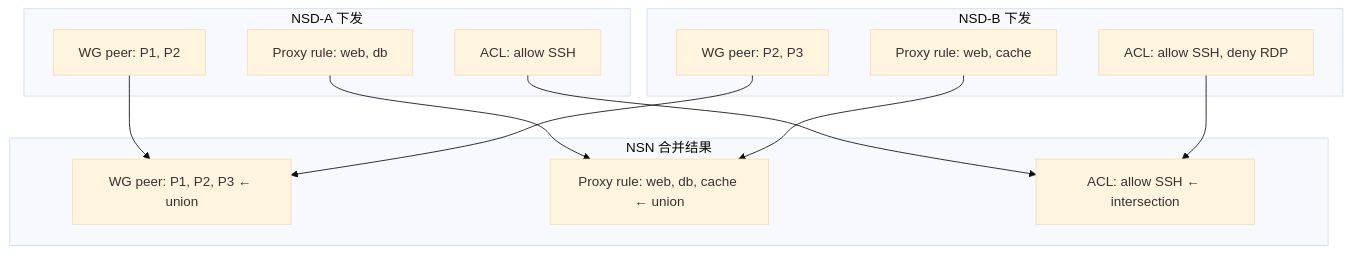
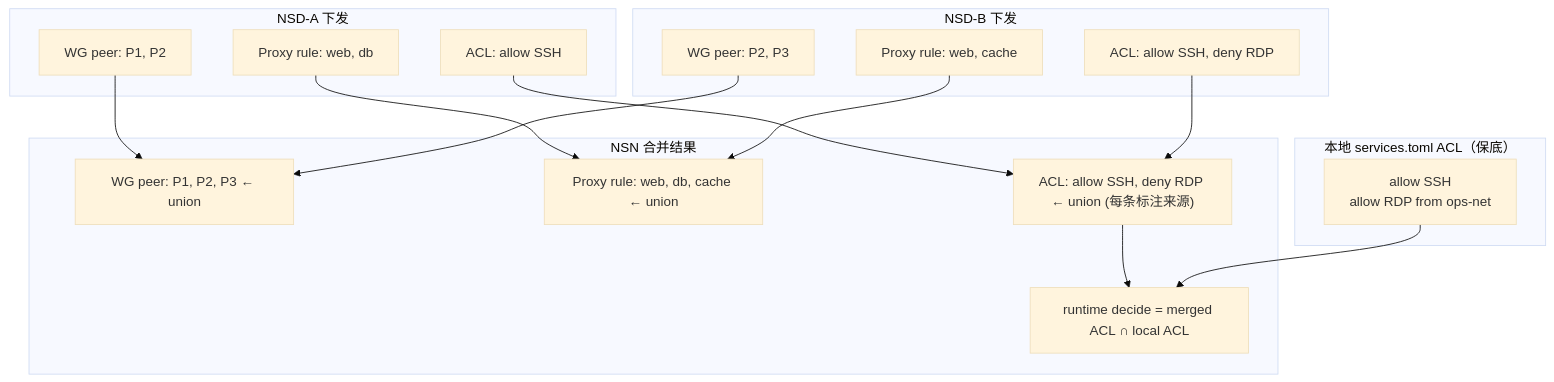
One commit to nsiod/docs changed the third of 3 diagrams in docs/08-nsd-control/multi-realm.md. Above: the diagram before and after it, drawn with Mermaid (base theme). The commit also changed other lines of this file and 14 other files, not shown here.

First line of the commit message:
docs(control-plane): flip ACL merge to union + local ACL floor, spec event signing

````diff
--- a/docs/08-nsd-control/multi-realm.md
+++ b/docs/08-nsd-control/multi-realm.md
@@ -157,27 +165,34 @@
 ```mermaid
 graph TB
     subgraph NSD_A["NSD-A 下发"]
         A1[WG peer: P1, P2]
         A2[Proxy rule: web, db]
         A3[ACL: allow SSH]
     end
 
     subgraph NSD_B["NSD-B 下发"]
         B1[WG peer: P2, P3]
         B2[Proxy rule: web, cache]
         B3[ACL: allow SSH, deny RDP]
     end
 
+    subgraph LocalACL["本地 services.toml ACL（保底）"]
+        L["allow SSH<br/>allow RDP from ops-net"]
+    end
+
     subgraph Merged["NSN 合并结果"]
         M1["WG peer: P1, P2, P3 ← union"]
         M2["Proxy rule: web, db, cache ← union"]
-        M3["ACL: allow SSH ← intersection"]
+        M3["ACL: allow SSH, deny RDP ← union (每条标注来源)"]
+        M4["runtime decide = merged ACL ∩ local ACL"]
     end
 
     A1 --> M1
     B1 --> M1
     A2 --> M2
     B2 --> M2
     A3 --> M3
     B3 --> M3
+    M3 --> M4
+    L --> M4
 ```
````
